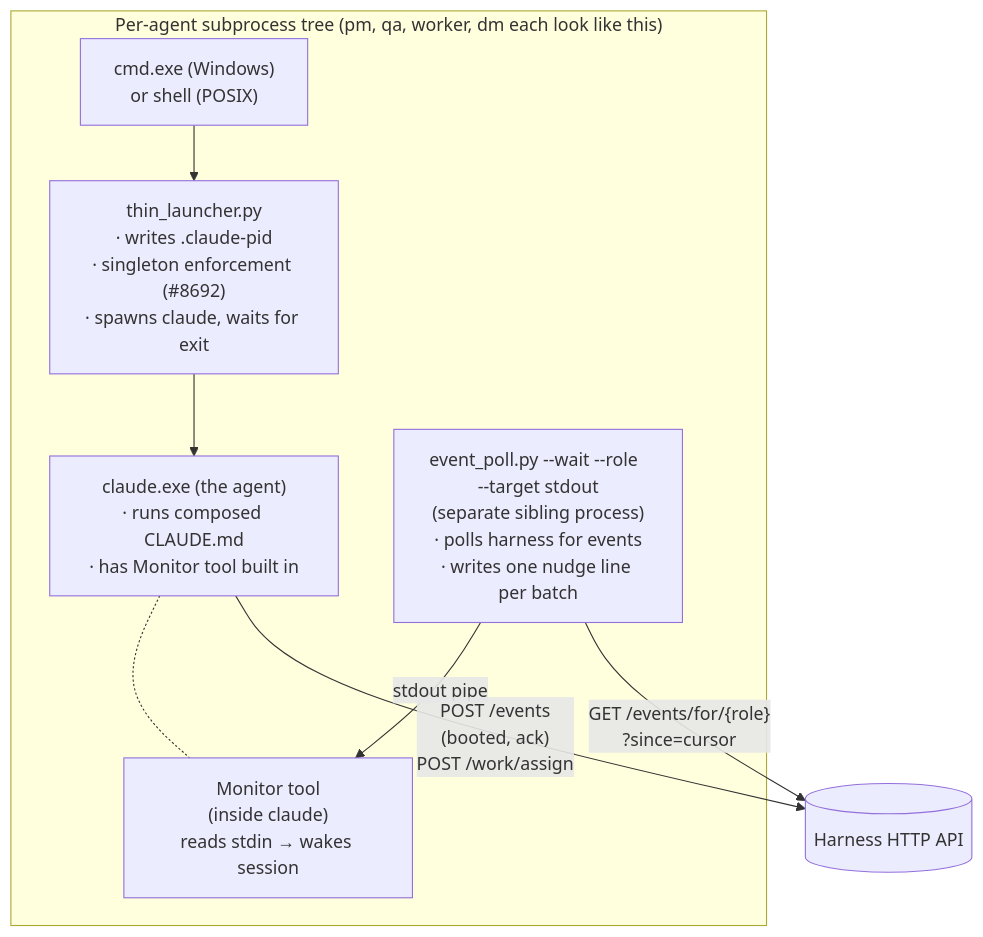
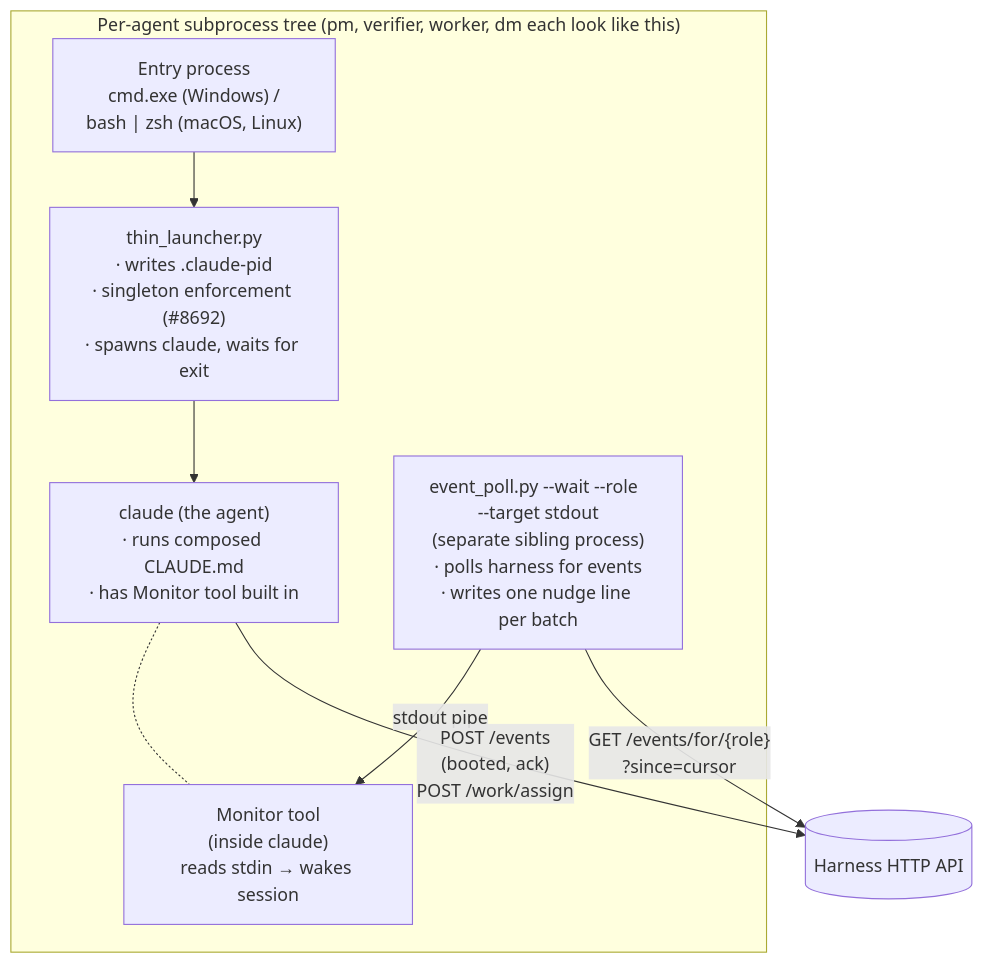
One commit to WallyDoodlez/SquidSquad changed the third of 16 diagrams in docs/AGENT-RUNTIME.md. Above: the diagram before and after it, drawn with Mermaid. The commit also changed other lines of this file and 7 other files, not shown here.

````diff
--- a/docs/AGENT-RUNTIME.md
+++ b/docs/AGENT-RUNTIME.md
@@ -149,19 +166,19 @@
 ```mermaid
 flowchart TB
-    subgraph agent_tree["Per-agent subprocess tree (pm, qa, worker, dm each look like this)"]
-        Cmd["cmd.exe (Windows)<br/>or shell (POSIX)"]
+    subgraph agent_tree["Per-agent subprocess tree (pm, verifier, worker, dm each look like this)"]
+        Cmd["Entry process<br/>cmd.exe (Windows) /<br/>bash | zsh (macOS, Linux)"]
         TL["thin_launcher.py<br/>· writes .claude-pid<br/>· singleton enforcement (#8692)<br/>· spawns claude, waits for exit"]
-        Claude["claude.exe (the agent)<br/>· runs composed CLAUDE.md<br/>· has Monitor tool built in"]
+        Claude["claude (the agent)<br/>· runs composed CLAUDE.md<br/>· has Monitor tool built in"]
         Monitor["Monitor tool<br/>(inside claude)<br/>reads stdin → wakes session"]
         Poll["event_poll.py --wait --role <role> --target stdout<br/>(separate sibling process)<br/>· polls harness for events<br/>· writes one nudge line per batch"]
 
         Cmd --> TL
         TL --> Claude
         Claude -.- Monitor
         Poll -- "stdout pipe" --> Monitor
     end
 
     HarnessAPI[("Harness HTTP API")]
     Poll -- "GET /events/for/{role}<br/>?since=cursor" --> HarnessAPI
     Claude -- "POST /events<br/>(booted, ack)<br/>POST /work/assign" --> HarnessAPI
 ```
````
